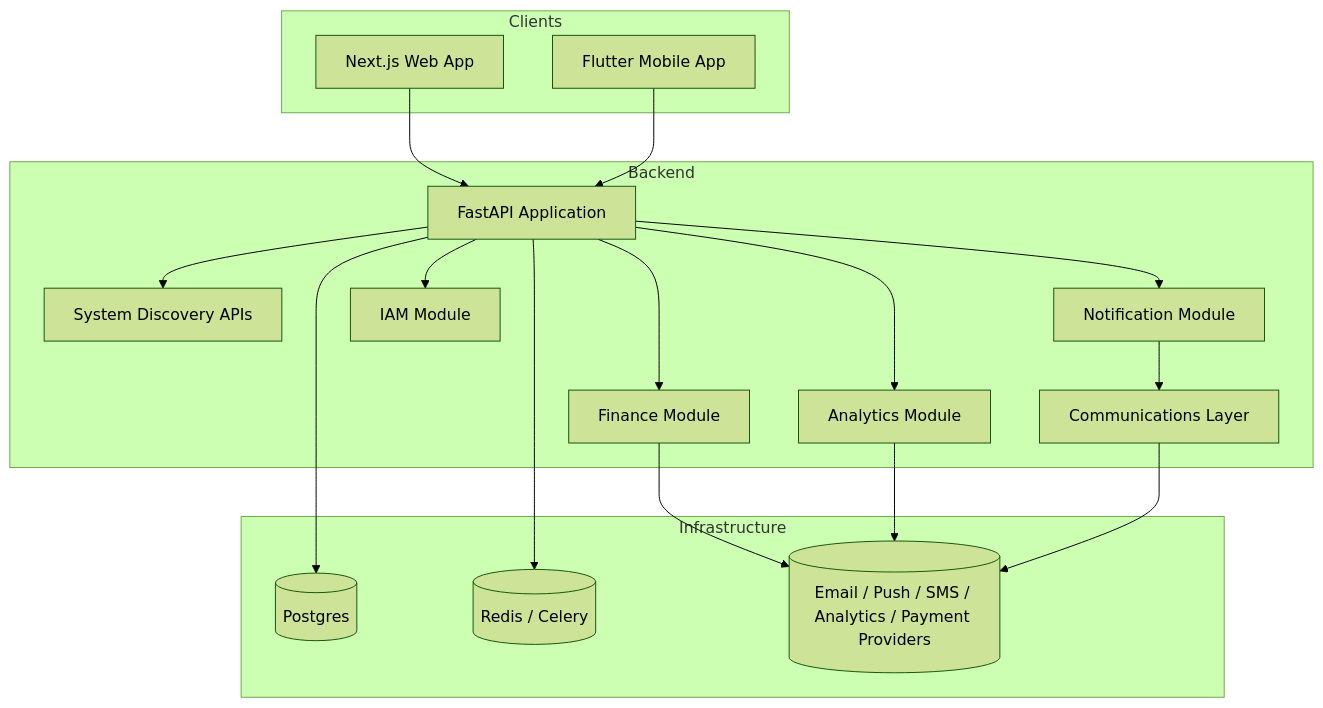
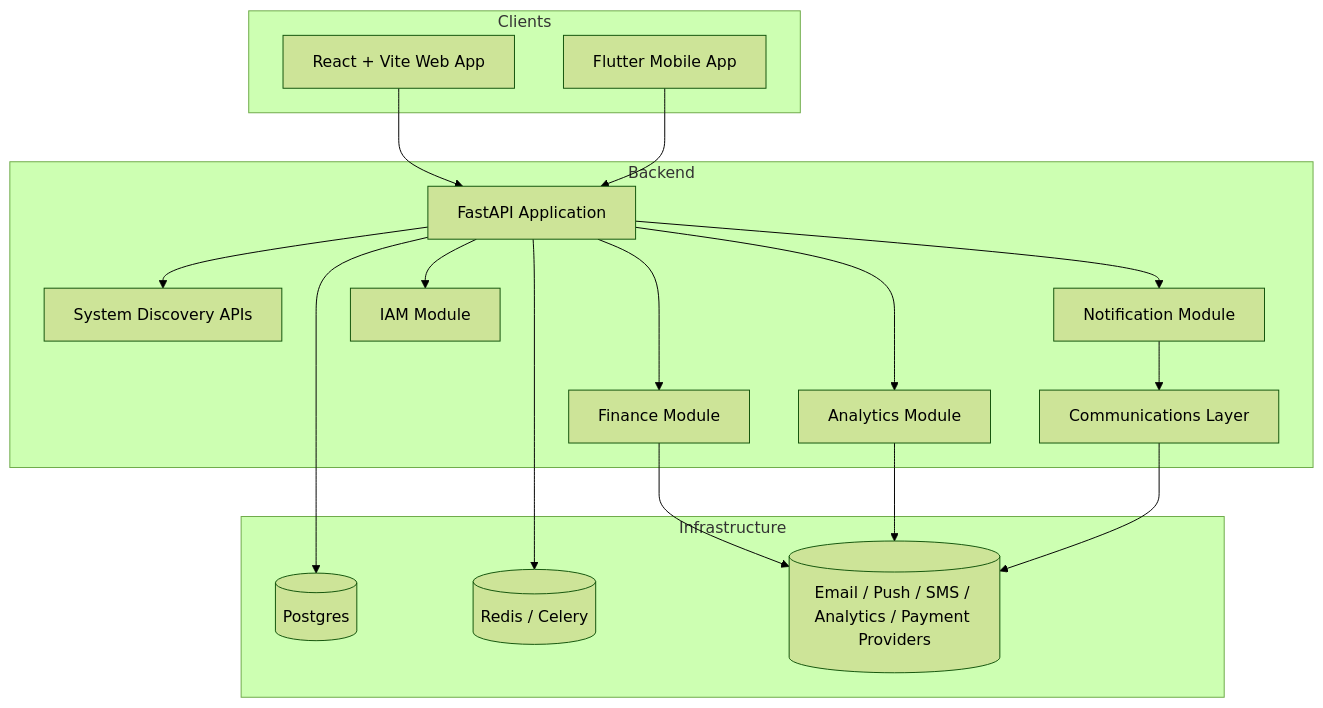
The diagram in docs/high-level-design/architecture-diagram.md (0Ankit0/fastapi_template), drawn with Mermaid (forest theme) before and after one commit. The commit also changed 6 other files, not shown here.

````diff
--- a/docs/high-level-design/architecture-diagram.md
+++ b/docs/high-level-design/architecture-diagram.md
@@ -3,37 +3,37 @@
 ```mermaid
 flowchart TB
   subgraph Clients
-    Web[Next.js Web App]
+    Web[React + Vite Web App]
     Mobile[Flutter Mobile App]
   end
 
   subgraph Backend
     API[FastAPI Application]
     System[System Discovery APIs]
     Notify[Notification Module]
     Finance[Finance Module]
     IAM[IAM Module]
     Analytics[Analytics Module]
     Comms[Communications Layer]
   end
 
   subgraph Infrastructure
     DB[(Postgres)]
     Redis[(Redis / Celery)]
     Providers[(Email / Push / SMS / Analytics / Payment Providers)]
   end
 
   Web --> API
   Mobile --> API
   API --> System
   API --> Notify
   API --> Finance
   API --> IAM
   API --> Analytics
   Notify --> Comms
   Finance --> Providers
   Analytics --> Providers
   Comms --> Providers
   API --> DB
   API --> Redis
 ```
````
